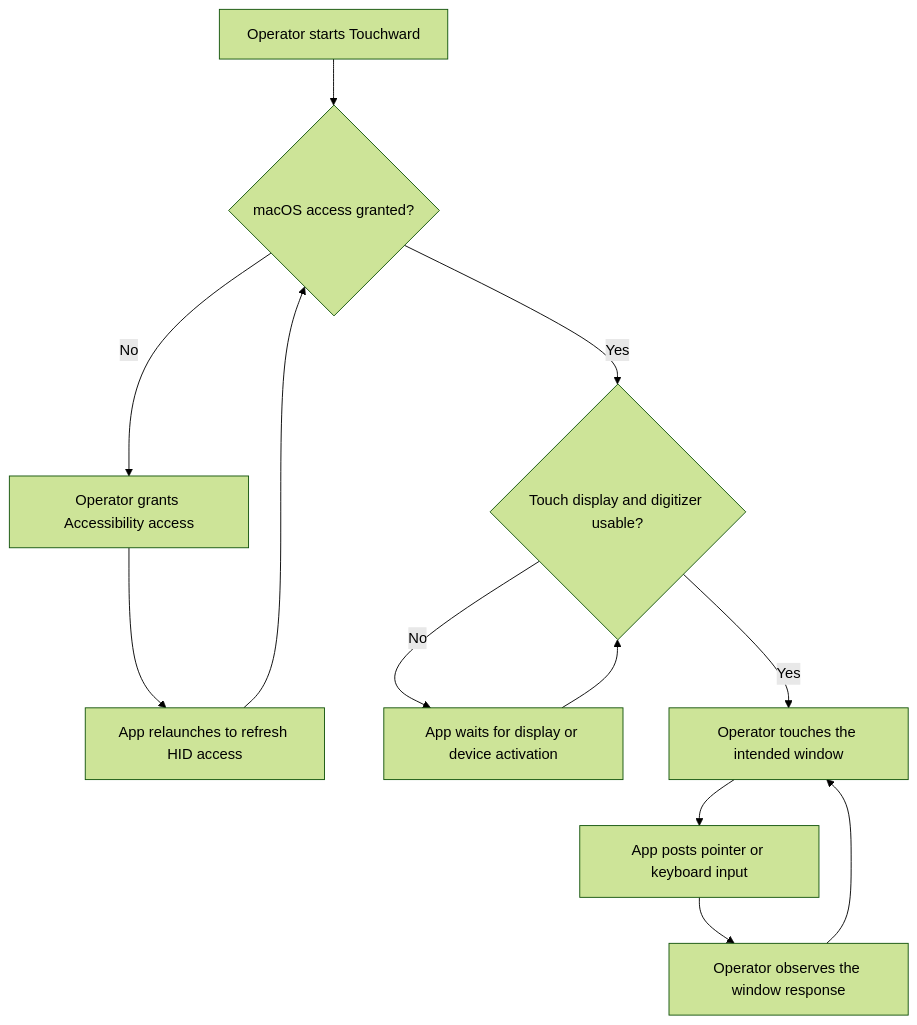
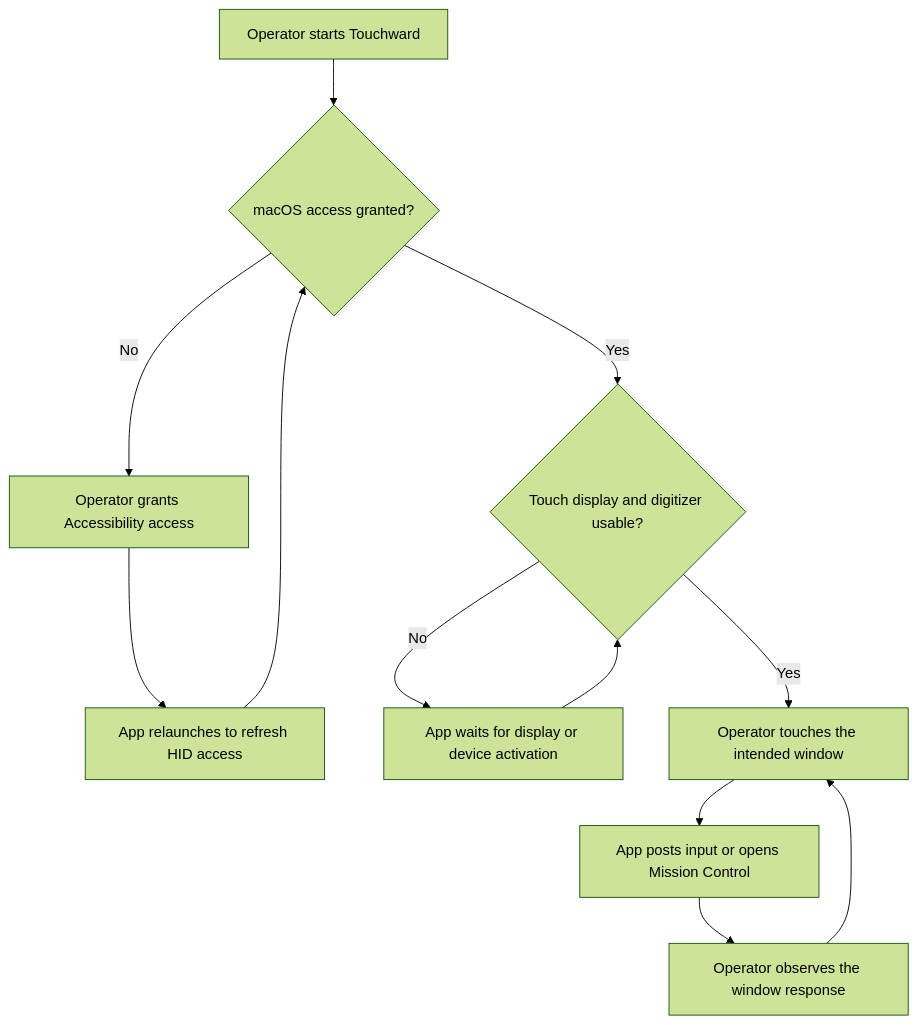
The diagram in docs/project/architecture/current/journey/primary-journey.md (gredcity/touchward), drawn with Mermaid (forest theme) before and after one commit. The commit also changed other lines of this file and 7 other files, not shown here.

````diff
--- a/docs/project/architecture/current/journey/primary-journey.md
+++ b/docs/project/architecture/current/journey/primary-journey.md
@@ -33,14 +33,14 @@
 ```mermaid
 flowchart TD
     launch[Operator starts Touchward] --> permission{macOS access granted?}
     permission -->|No| settings[Operator grants Accessibility access]
     settings --> relaunch[App relaunches to refresh HID access]
     relaunch --> permission
     permission -->|Yes| display{Touch display and digitizer usable?}
     display -->|No| wait[App waits for display or device activation]
     wait --> display
     display -->|Yes| touch[Operator touches the intended window]
-    touch --> input[App posts pointer or keyboard input]
+    touch --> input[App posts input or opens Mission Control]
     input --> result[Operator observes the window response]
     result --> touch
 ```
````
